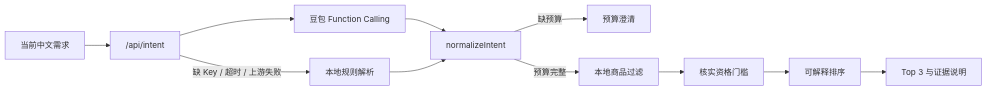
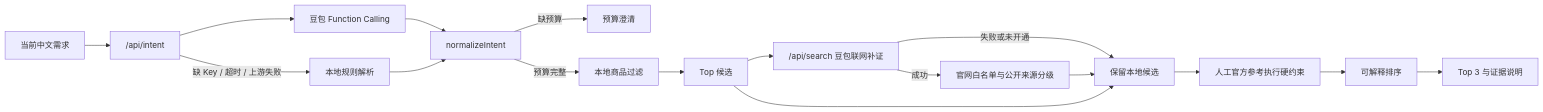
The diagram in README.md (LICHENGYAN0316/zhixuan-ai-shopping-agent-cn), drawn with Mermaid before and after one commit. The commit also changed other lines of this file and 17 other files, not shown here.

````diff
--- a/README.md
+++ b/README.md
@@ -29,13 +31,19 @@
 ```mermaid
 flowchart LR
     A["当前中文需求"] --> B["/api/intent"]
     B --> C["豆包 Function Calling"]
     B -->|"缺 Key / 超时 / 上游失败"| D["本地规则解析"]
     C --> E["normalizeIntent"]
     D --> E
     E -->|"缺预算"| F["预算澄清"]
     E -->|"预算完整"| G["本地商品过滤"]
-    G --> H["核实资格门槛"]
-    H --> I["可解释排序"]
-    I --> J["Top 3 与证据说明"]
+    G --> H["Top 候选"]
+    H --> K["/api/search 豆包联网补证"]
+    K -->|"成功"| L["官网白名单与公开来源分级"]
+    K -->|"失败或未开通"| I["保留本地候选"]
+    L --> I
+    H --> I
+    I --> N["人工官方参考执行硬约束"]
+    N --> M["可解释排序"]
+    M --> J["Top 3 与证据说明"]
 ```
````
